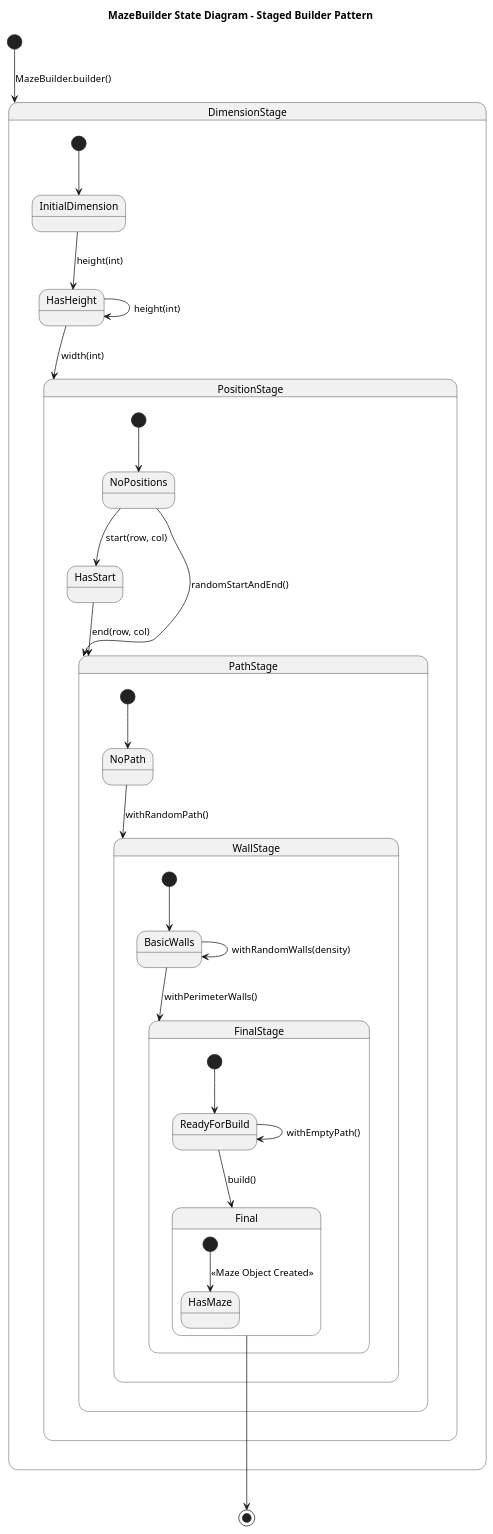
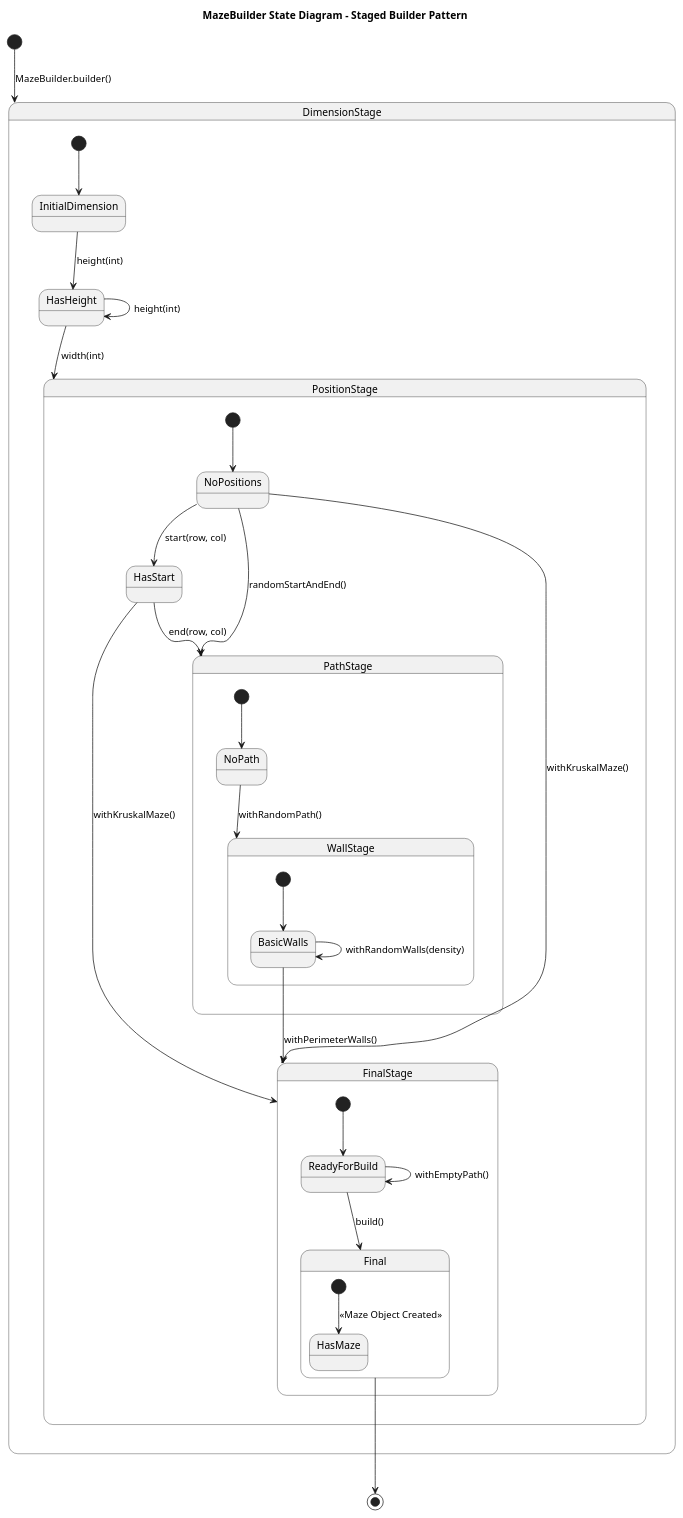
Before and after one commit to jerry-3mp/maze-solver: the diagram in maze-solver-server/diagrams/maze-builder-state-diagram.puml, drawn with PlantUML.

Commit message:
docs: [MCP] update maze builder state diagram

```diff
--- a/maze-solver-server/diagrams/maze-builder-state-diagram.puml
+++ b/maze-solver-server/diagrams/maze-builder-state-diagram.puml
@@ -1,45 +1,47 @@
 @startuml MazeBuilder State Diagram
 
 title MazeBuilder State Diagram - Staged Builder Pattern
 
 [*] --> DimensionStage : MazeBuilder.builder()
 
 state DimensionStage {
   [*] --> InitialDimension
   InitialDimension --> HasHeight : height(int)
   HasHeight --> HasHeight : height(int)
   HasHeight --> PositionStage : width(int)
 }
 
 state PositionStage {
   [*] --> NoPositions
   NoPositions --> HasStart : start(row, col)
   NoPositions --> PathStage : randomStartAndEnd()
+  NoPositions --> FinalStage : withKruskalMaze()
   HasStart --> PathStage : end(row, col)
+  HasStart --> FinalStage : withKruskalMaze()
 }
 
 state PathStage {
   [*] --> NoPath
   NoPath --> WallStage : withRandomPath()
 }
 
 state WallStage {
   [*] --> BasicWalls
   BasicWalls --> BasicWalls : withRandomWalls(density)
   BasicWalls --> FinalStage : withPerimeterWalls()
 }
 
 state FinalStage {
   [*] --> ReadyForBuild
   ReadyForBuild --> ReadyForBuild : withEmptyPath()
   ReadyForBuild --> Final : build()
 }
 
 state Final {
   [*] --> HasMaze : «Maze Object Created»
 }
 
 
 Final --> [*]
 
 @enduml
```
